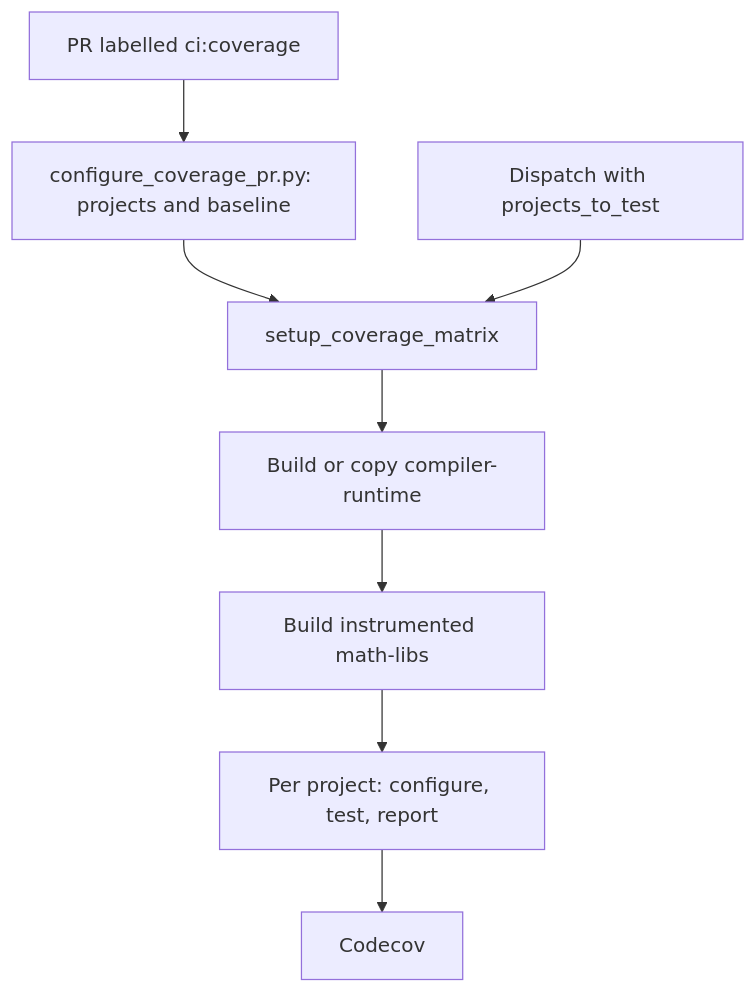
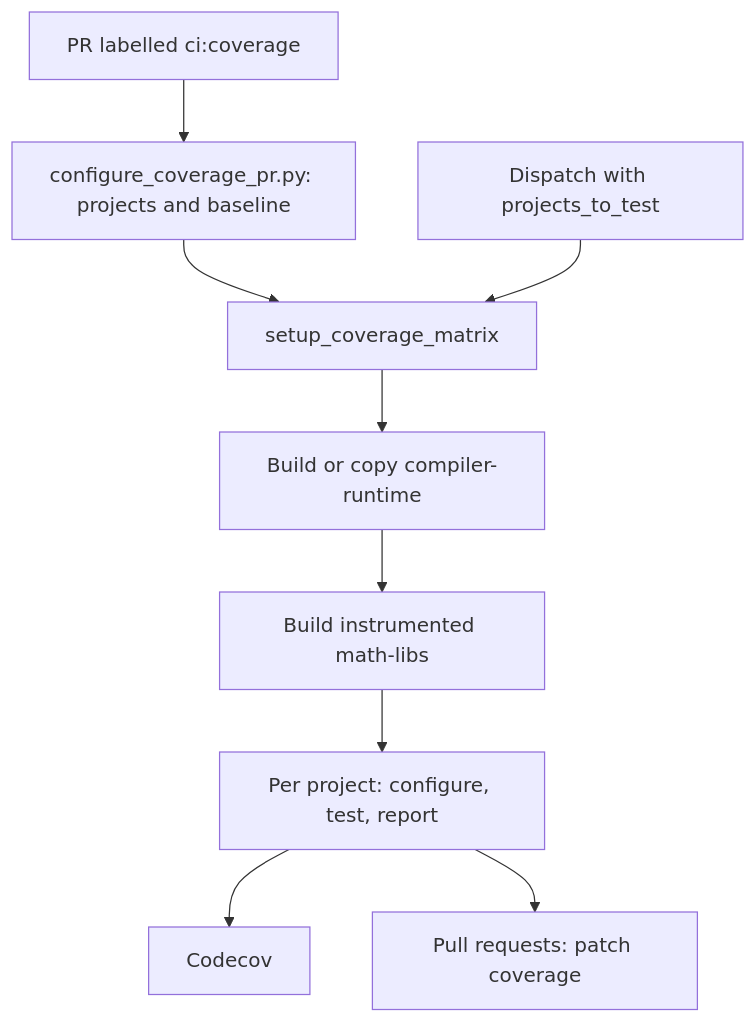
The diagram in docs/development/code_coverage.md (ROCm/TheRock), drawn with Mermaid before and after one commit. The commit also changed other lines of this file and 3 other files, not shown here.

First line of the commit message:
feat(coverage): report the patch coverage of each pull request

````diff
--- a/docs/development/code_coverage.md
+++ b/docs/development/code_coverage.md
@@ -151,10 +151,11 @@
 ```mermaid
 graph TD
     pr[PR labelled ci:coverage] --> plan[configure_coverage_pr.py: projects and baseline]
     plan --> matrix
     dispatch[Dispatch with projects_to_test] --> matrix[setup_coverage_matrix]
     matrix --> compilerRuntime[Build or copy compiler-runtime]
     compilerRuntime --> mathLibs[Build instrumented math-libs]
     mathLibs --> report[Per project: configure, test, report]
     report --> codecov[Codecov]
+    report --> patch[Pull requests: patch coverage]
 ```
````
